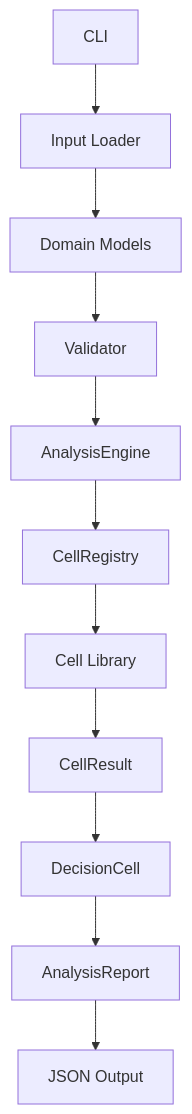
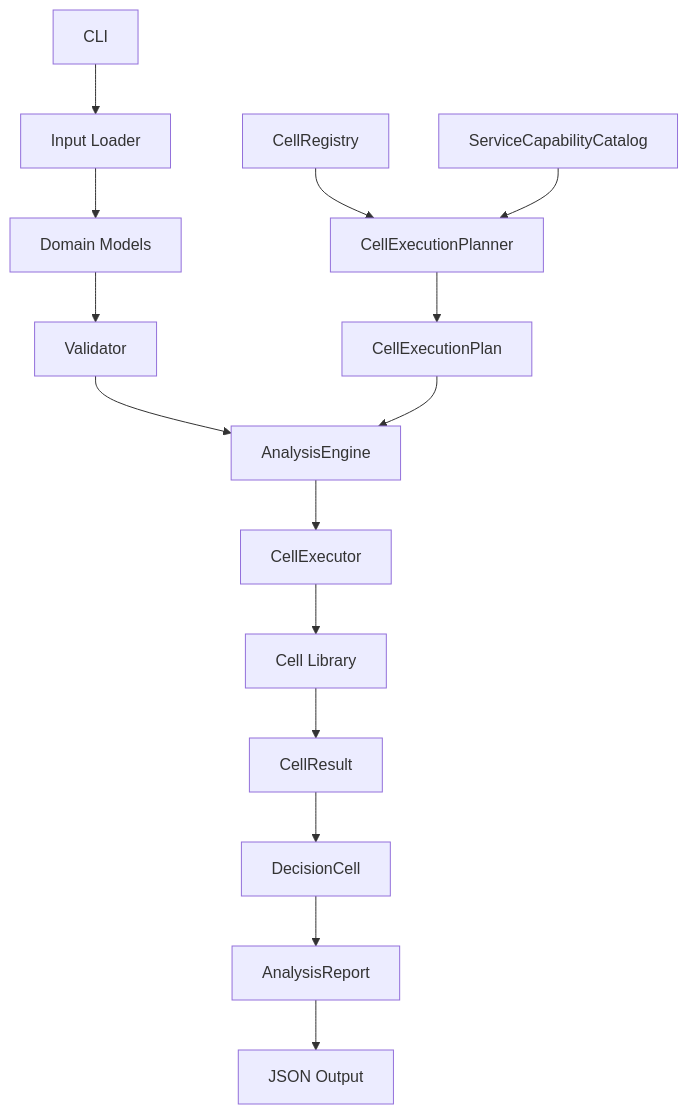
The first of 2 diagrams in docs/backend_design.md (ModWU/market-cell), drawn with Mermaid before and after one commit. The commit also changed other lines of this file and 14 other files, not shown here.

Commit message:
Refactor architecture documentation baseline

````diff
--- a/docs/backend_design.md
+++ b/docs/backend_design.md
@@ -25,13 +25,17 @@
 ```mermaid
 flowchart TD
     CLI["CLI"] --> Loader["Input Loader"]
     Loader --> Models["Domain Models"]
     Models --> Validator["Validator"]
     Validator --> Engine["AnalysisEngine"]
-    Engine --> Registry["CellRegistry"]
-    Registry --> Cells["Cell Library"]
+    Registry["CellRegistry"] --> Planner["CellExecutionPlanner"]
+    Catalog["ServiceCapabilityCatalog"] --> Planner
+    Planner --> Plan["CellExecutionPlan"]
+    Plan --> Engine
+    Engine --> Executor["CellExecutor"]
+    Executor --> Cells["Cell Library"]
     Cells --> Results["CellResult"]
     Results --> Decision["DecisionCell"]
     Decision --> Report["AnalysisReport"]
     Report --> Output["JSON Output"]
 ```
````
